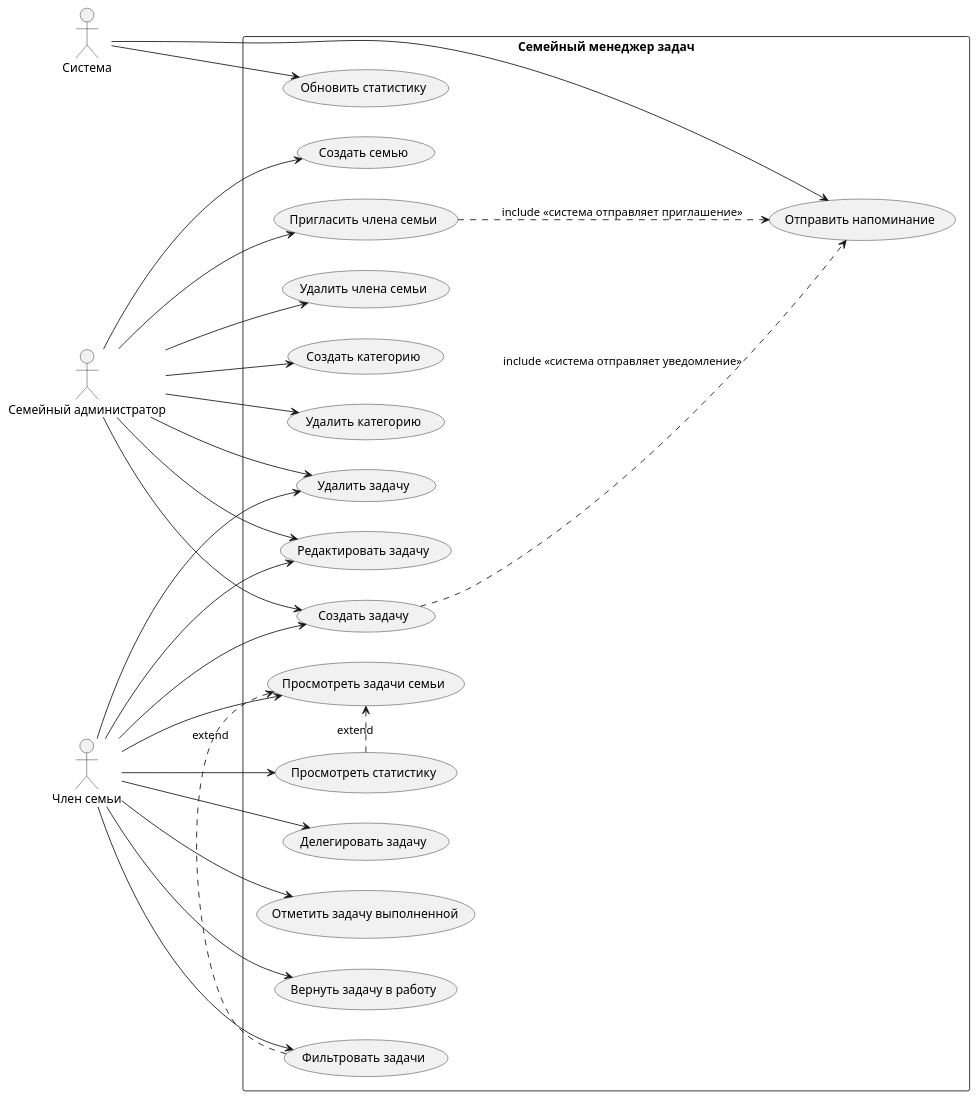
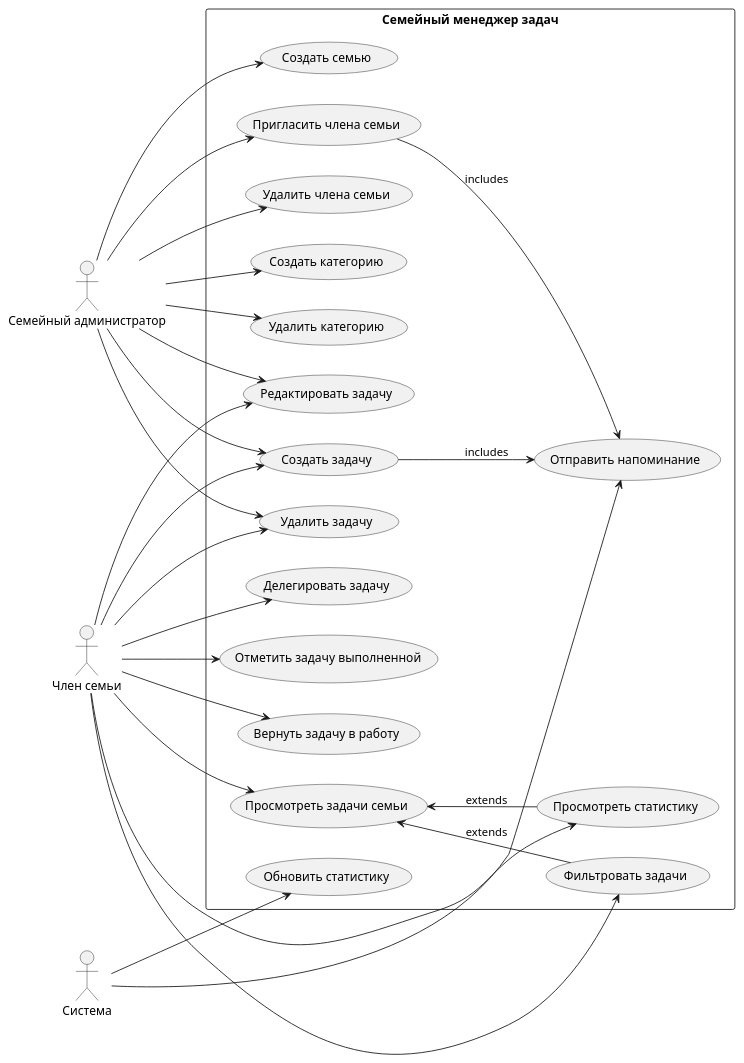
Before and after one commit to whylwix/family-task-manager-srs: the diagram in docs/behavior/use_case/use_case_diagram/use_case_diagram.puml, drawn with PlantUML.

```diff
--- a/docs/behavior/use_case/use_case_diagram/use_case_diagram.puml
+++ b/docs/behavior/use_case/use_case_diagram/use_case_diagram.puml
@@ -1,68 +1,68 @@
 @startuml
 left to right direction
 
 ' Акторы
 actor "Семейный администратор" as Admin
 actor "Член семьи" as Member
 actor "Система" as System
 
 rectangle "Семейный менеджер задач" {
   ' Управление семьей
   usecase "Создать семью" as UC1
   usecase "Пригласить члена семьи" as UC2
   usecase "Удалить члена семьи" as UC3
   
   ' Управление задачами
   usecase "Создать задачу" as UC4
   usecase "Редактировать задачу" as UC5
   usecase "Удалить задачу" as UC6
   usecase "Делегировать задачу" as UC7
   
   ' Выполнение задач
   usecase "Отметить задачу выполненной" as UC8
   usecase "Вернуть задачу в работу" as UC9
   
   ' Просмотр и фильтрация
   usecase "Просмотреть задачи семьи" as UC10
   usecase "Фильтровать задачи" as UC11
   usecase "Просмотреть статистику" as UC12
   
   ' Управление категориями
   usecase "Создать категорию" as UC13
   usecase "Удалить категорию" as UC14
   
   ' Автоматические действия
   usecase "Отправить напоминание" as UC15
   usecase "Обновить статистику" as UC16
 }
 
-' Связи акторов с use cases
-Admin --> UC1
-Admin --> UC2
-Admin --> UC3
-Admin --> UC4
-Admin --> UC5
-Admin --> UC6
-Admin --> UC13
-Admin --> UC14
+' Основные связи акторов с use cases (группировка по линиям)
+Admin -down-> UC1
+Admin -down-> UC2
+Admin -down-> UC3
+Admin -down-> UC4
+Admin -down-> UC5
+Admin -down-> UC6
+Admin -down-> UC13
+Admin -down-> UC14
 
-Member --> UC4
-Member --> UC5
-Member --> UC6
-Member --> UC7
-Member --> UC8
-Member --> UC9
-Member --> UC10
-Member --> UC11
-Member --> UC12
+Member -down-> UC4
+Member -down-> UC5
+Member -down-> UC6
+Member -down-> UC7
+Member -down-> UC8
+Member -down-> UC9
+Member -down-> UC10
+Member -down-> UC11
+Member -down-> UC12
 
-System --> UC15
-System --> UC16
+System -down-> UC15
+System -down-> UC16
 
-' Include/Extend связи
-UC11 .> UC10 : extend
-UC12 .> UC10 : extend
-UC2 ..> UC15 : include <<система отправляет приглашение>>
-UC4 ..> UC15 : include <<система отправляет уведомление>>
+' Упрощенные связи между use cases
+UC10 <-- UC11 : extends
+UC10 <-- UC12 : extends
+UC2 --> UC15 : includes
+UC4 --> UC15 : includes
 
 @enduml
```
